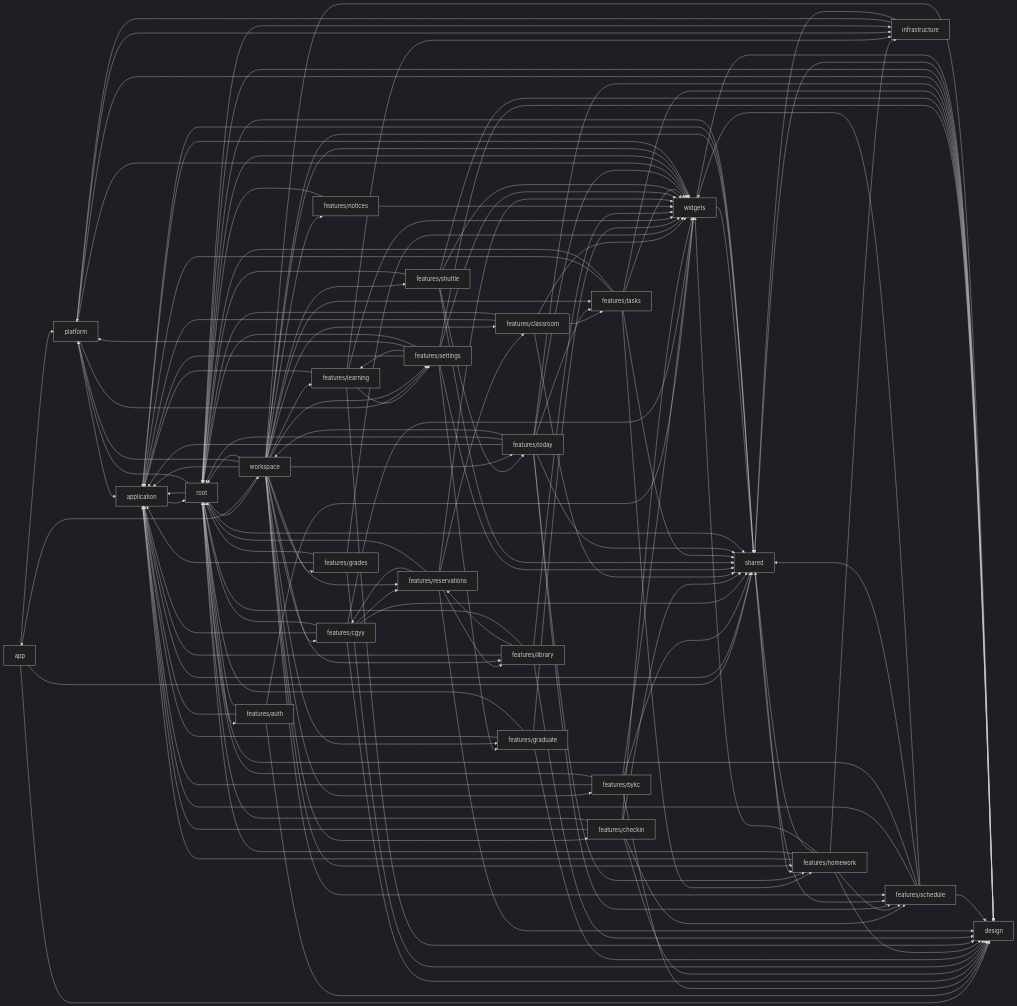
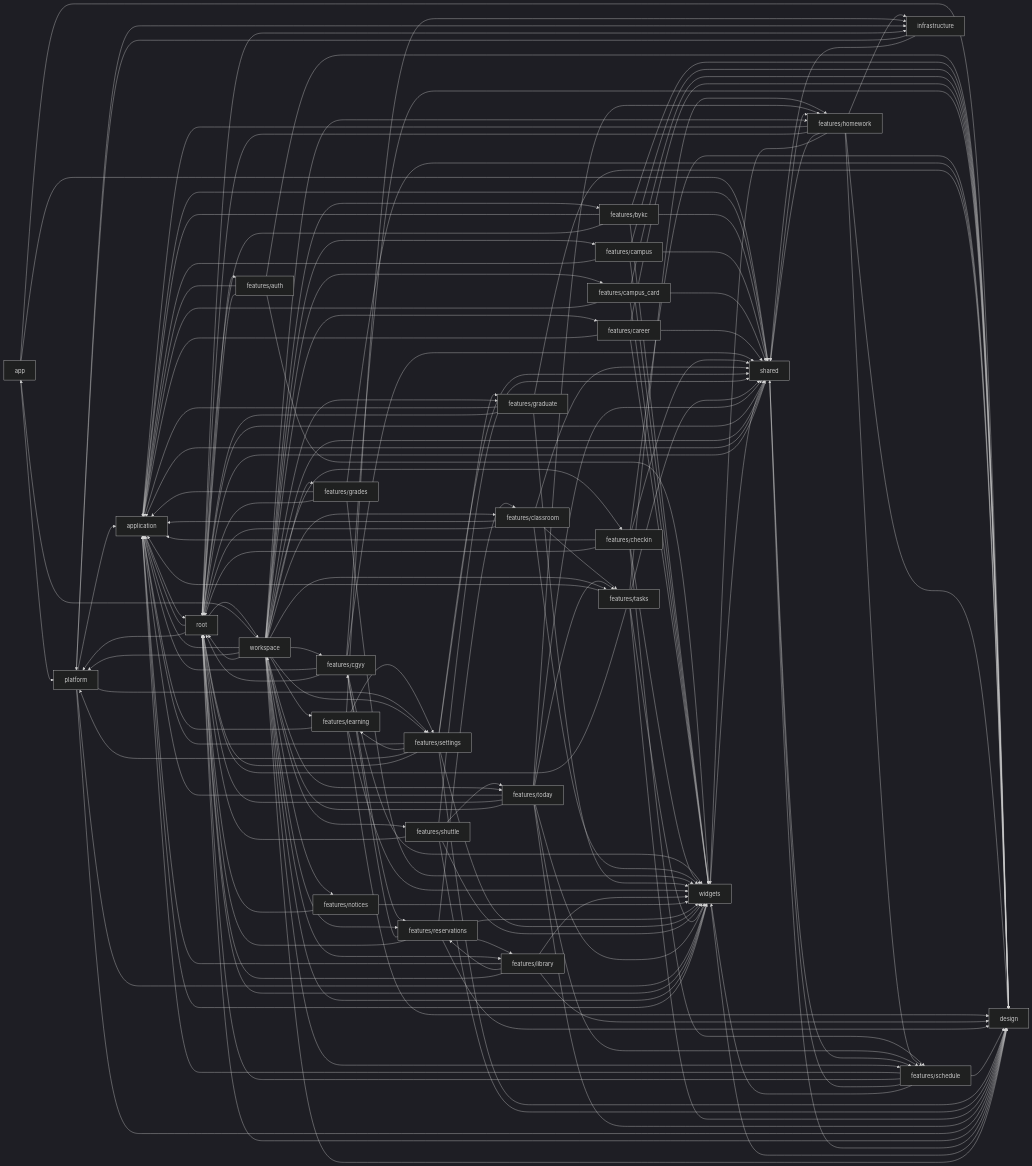
Before and after one commit to JUANWANG-BUAA/ginkgo: the first of 2 diagrams in docs/interfaces/DEPENDENCY-GRAPH.md, drawn with Mermaid (dark theme). The commit also changed other lines of this file and 159 other files, not shown here.

```diff
--- a/docs/interfaces/DEPENDENCY-GRAPH.md
+++ b/docs/interfaces/DEPENDENCY-GRAPH.md
@@ -15,6 +15,9 @@
   n_design["design"]
   n_features_auth["features/auth"]
   n_features_bykc["features/bykc"]
+  n_features_campus["features/campus"]
+  n_features_campus_card["features/campus_card"]
+  n_features_career["features/career"]
   n_features_cgyy["features/cgyy"]
   n_features_checkin["features/checkin"]
   n_features_classroom["features/classroom"]
@@ -50,6 +53,18 @@
   n_features_bykc --> n_root
   n_features_bykc --> n_shared
   n_features_bykc --> n_widgets
+  n_features_campus --> n_application
+  n_features_campus --> n_design
+  n_features_campus --> n_shared
+  n_features_campus --> n_widgets
+  n_features_campus_card --> n_application
+  n_features_campus_card --> n_design
+  n_features_campus_card --> n_shared
+  n_features_campus_card --> n_widgets
+  n_features_career --> n_application
+  n_features_career --> n_design
+  n_features_career --> n_shared
+  n_features_career --> n_widgets
   n_features_cgyy --> n_application
   n_features_cgyy --> n_design
   n_features_cgyy --> n_features_reservations
@@ -160,6 +175,9 @@
   n_workspace --> n_application
   n_workspace --> n_design
   n_workspace --> n_features_bykc
+  n_workspace --> n_features_campus
+  n_workspace --> n_features_campus_card
+  n_workspace --> n_features_career
   n_workspace --> n_features_cgyy
   n_workspace --> n_features_checkin
   n_workspace --> n_features_classroom
```
